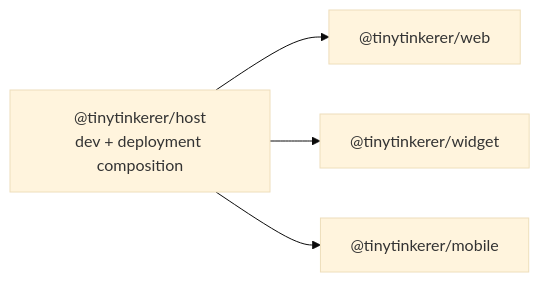
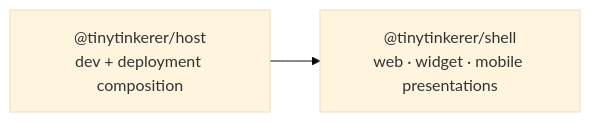
The diagram in docs/ui-ux-concept.md (NNTin/tinytinkerer), drawn with Mermaid (base theme) before and after one commit. The commit also changed other lines of this file and 91 other files, not shown here.

````diff
--- a/docs/ui-ux-concept.md
+++ b/docs/ui-ux-concept.md
@@ -9,12 +9,8 @@
 ```mermaid
 flowchart LR
   host["@tinytinkerer/host<br/>dev + deployment composition"]
 
-  web["@tinytinkerer/web"]
-  widget["@tinytinkerer/widget"]
-  mobile["@tinytinkerer/mobile"]
+  shell["@tinytinkerer/shell<br/>web · widget · mobile presentations"]
 
-  host --> web
-  host --> widget
-  host --> mobile
+  host --> shell
 ```
````
